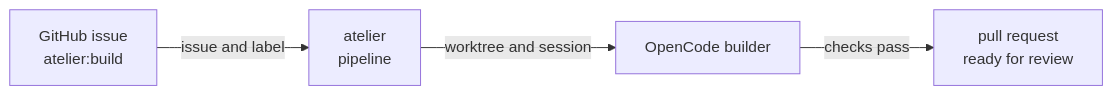
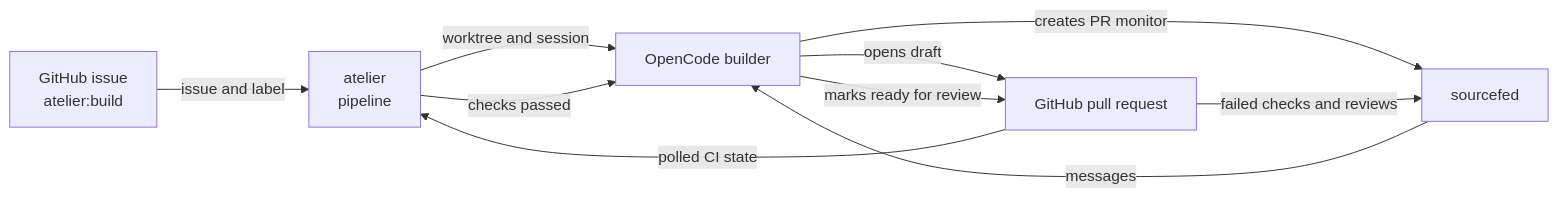
Before and after one commit to wrkhse/workhorse: the first of 2 diagrams in site/src/how-it-fits.md, drawn with Mermaid. The commit also changed other lines of this file and 1 other file, not shown here.

Commit message:
docs(hub): clarify shipped integration paths

````diff
--- a/site/src/how-it-fits.md
+++ b/site/src/how-it-fits.md
@@ -7,6 +7,12 @@
 ```mermaid
 flowchart LR
     Issue["GitHub issue<br/>atelier:build"] -->|"issue and label"| Atelier["atelier<br/>pipeline"]
     Atelier -->|"worktree and session"| Builder["OpenCode builder"]
-    Builder -->|"checks pass"| PR["pull request<br/>ready for review"]
+    Builder -->|"opens draft"| PR["GitHub pull request"]
+    Builder -->|"creates PR monitor"| Sourcefed["sourcefed"]
+    PR -->|"failed checks and reviews"| Sourcefed
+    Sourcefed -->|"messages"| Builder
+    PR -->|"polled CI state"| Atelier
+    Atelier -->|"checks passed"| Builder
+    Builder -->|"marks ready for review"| PR
 ```
````
